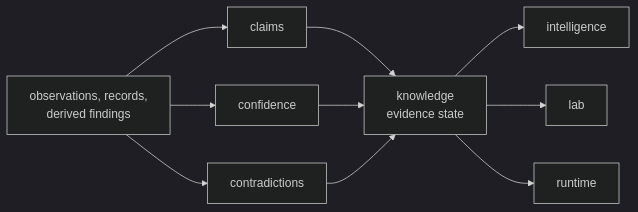
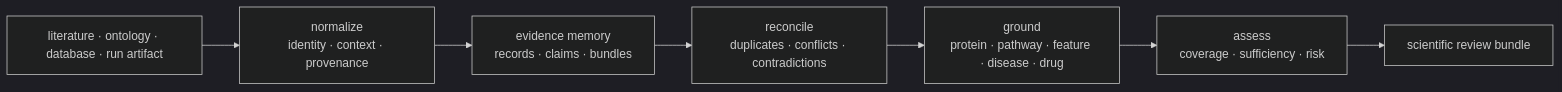
One commit to bijux/bijux-proteomics changed the diagram in docs/06-bijux-proteomics-knowledge/index.md. Above: the diagram before and after it, drawn with Mermaid (dark theme). The commit also changed other lines of this file and 3 other files, not shown here.

````diff
--- a/docs/06-bijux-proteomics-knowledge/index.md
+++ b/docs/06-bijux-proteomics-knowledge/index.md
@@ -24,21 +23,11 @@
 ```mermaid
 flowchart LR
-    inputs["observations, records,<br/>derived findings"]
-    claims["claims"]
-    confidence["confidence"]
-    contradictions["contradictions"]
-    knowledge["knowledge<br/>evidence state"]
-    intelligence["intelligence"]
-    lab["lab"]
-    runtime["runtime"]
-
-    inputs --> claims
-    inputs --> confidence
-    inputs --> contradictions
-    claims --> knowledge
-    confidence --> knowledge
-    contradictions --> knowledge
-    knowledge --> intelligence
-    knowledge --> lab
-    knowledge --> runtime
+    source["literature · ontology · database · run artifact"]
+    normalize["normalize\nidentity · context · provenance"]
+    memory["evidence memory\nrecords · claims · bundles"]
+    reconcile["reconcile\nduplicates · conflicts · contradictions"]
+    ground["ground\nprotein · pathway · feature · disease · drug"]
+    assess["assess\ncoverage · sufficiency · risk"]
+    brief["scientific review bundle"]
+    source --> normalize --> memory --> reconcile --> ground --> assess --> brief
 ```
````
